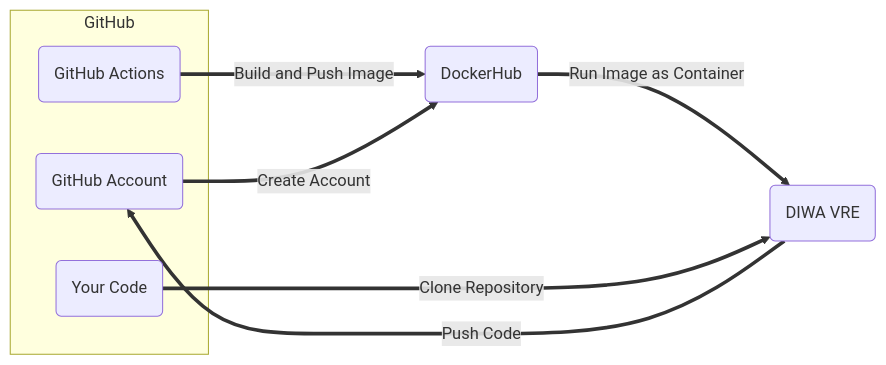
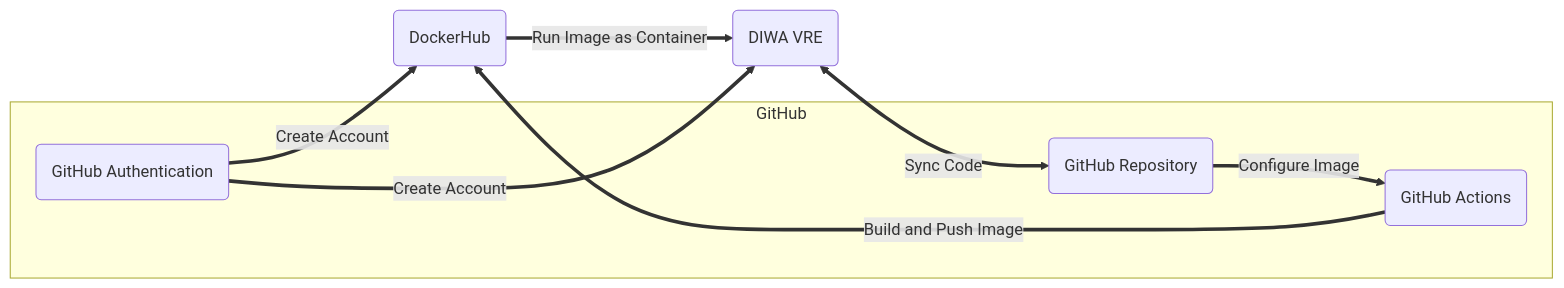
Before and after one commit to eculler/diwa-community: the diagram in how-tos/Build a Docker Image/run-repo2docker-vre.md, drawn with Mermaid. The commit also changed other lines of this file, not shown here.

````diff
--- a/how-tos/Build a Docker Image/run-repo2docker-vre.md
+++ b/how-tos/Build a Docker Image/run-repo2docker-vre.md
@@ -13,15 +13,16 @@
 ```mermaid
 flowchart LR
     subgraph GitHub
-      id1(GitHub Account)
-      id10(Your Code)
+      id1(GitHub Authentication)
+      id10(GitHub Repository)
       id11(GitHub Actions)
+      id10 == Configure Image ==> id11
     end
+    id2(DockerHub)
     id3(DIWA VRE)
-    id2(DockerHub)
+    id11 == Build and Push Image ==> id2
     id2 == Run Image as Container ==> id3
-    id3 == Push Code ==> id1
-    id11 == Build and Push Image ==> id2
     id1 == Create Account ==> id2
-    id10 == Clone Repository ==> id3
+    id1 == Create Account ==> id3
+    id3 <== Sync Code ==> id10
 ```
````
